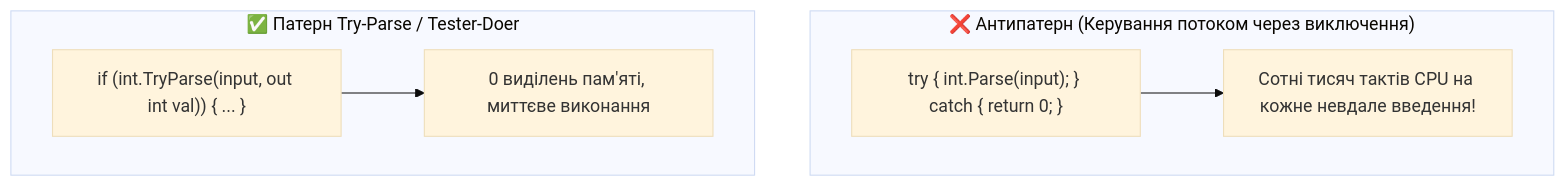
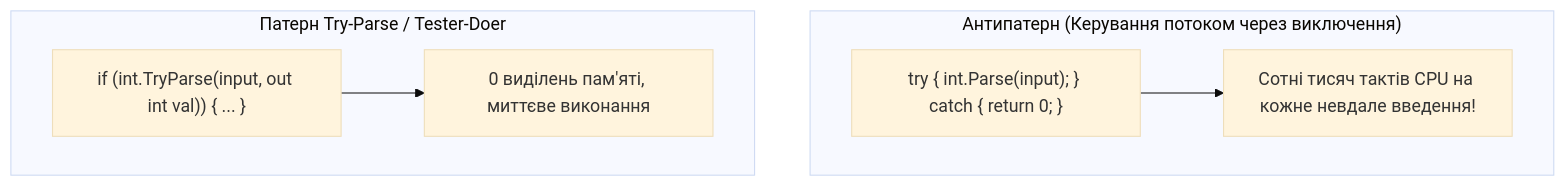
The diagram in 03-Csharp-Mechanics/05-Exceptions-Handling/Docs/04_Exception_Filters_And_Performance_Abuse.md (MrTomkaYurii/CSharp-OOP-Mastery), drawn with Mermaid (base theme) before and after one commit. The commit also changed 79 other files, not shown here.

````diff
--- a/03-Csharp-Mechanics/05-Exceptions-Handling/Docs/04_Exception_Filters_And_Performance_Abuse.md
+++ b/03-Csharp-Mechanics/05-Exceptions-Handling/Docs/04_Exception_Filters_And_Performance_Abuse.md
@@ -46,11 +46,11 @@
 ```mermaid
 graph TD
-    subgraph BadPractice["❌ Антипатерн (Керування потоком через виключення)"]
+    subgraph BadPractice[" Антипатерн (Керування потоком через виключення)"]
         A["try { int.Parse(input); } catch { return 0; }"]
         A --> Cost["Сотні тисяч тактів CPU на кожне невдале введення!"]
     end
-    subgraph GoodPractice["✅ Патерн Try-Parse / Tester-Doer"]
+    subgraph GoodPractice[" Патерн Try-Parse / Tester-Doer"]
         B["if (int.TryParse(input, out int val)) { ... }"]
         B --> Fast["0 виділень пам'яті, миттєве виконання"]
     end
 ```
````
